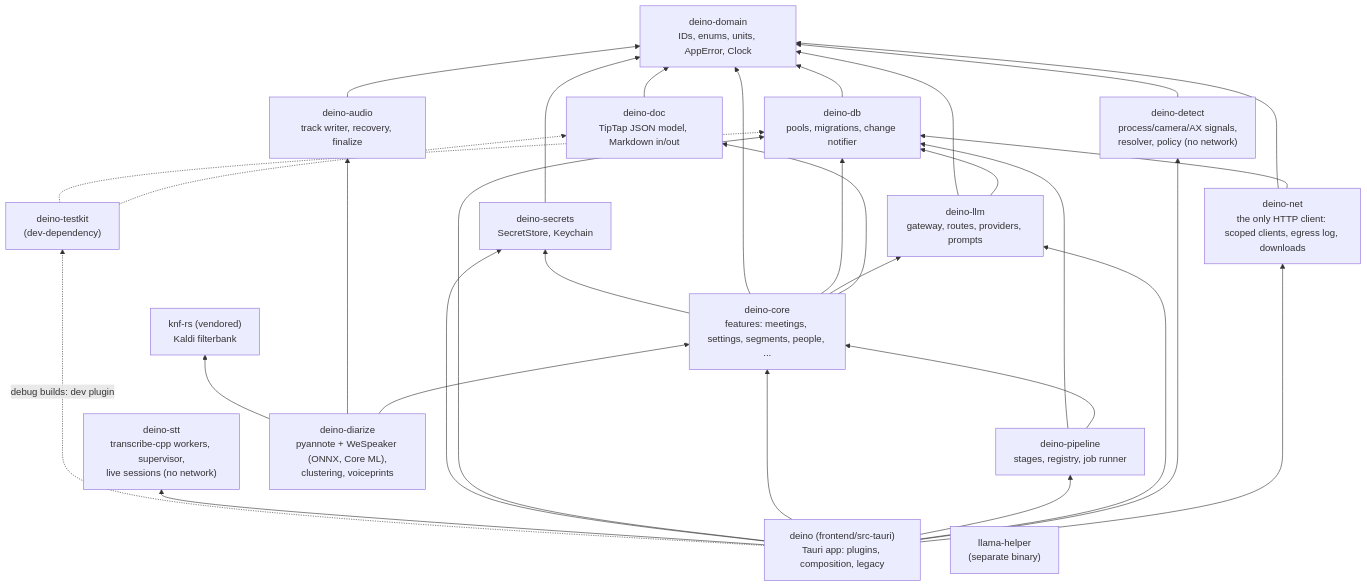
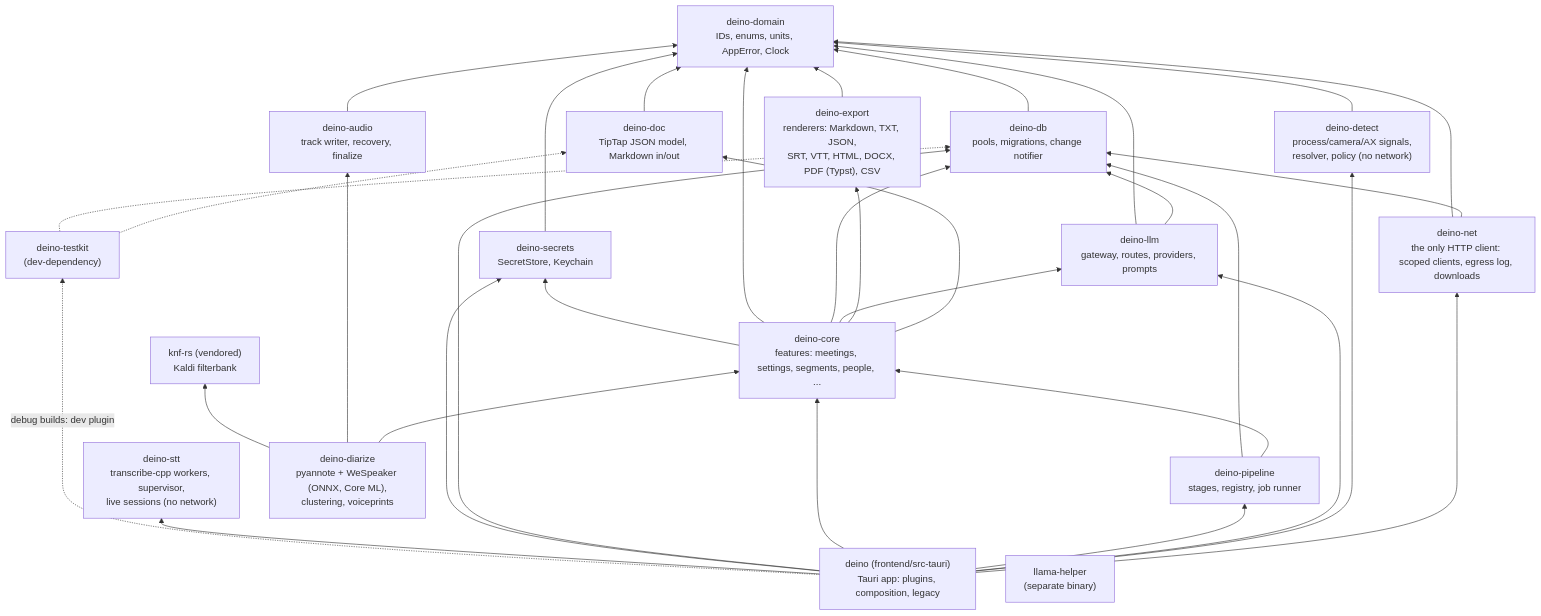
The second of 8 diagrams in docs/ARCHITECTURE.md (xenshreyas/Deino), drawn with Mermaid before and after one commit. The commit also changed other lines of this file and 14 other files, not shown here.

First line of the commit message:
docs: EXP-01/EXP-02 ADR 0025, architecture, plan progress and follow-ups, notices

````diff
--- a/docs/ARCHITECTURE.md
+++ b/docs/ARCHITECTURE.md
@@ -63,49 +64,52 @@
 ```mermaid
 flowchart BT
   domain["deino-domain<br/>IDs, enums, units, AppError, Clock"]
   db["deino-db<br/>pools, migrations, change notifier"]
   core["deino-core<br/>features: meetings, settings, segments, people, ..."]
   secrets["deino-secrets<br/>SecretStore, Keychain"]
   pipeline["deino-pipeline<br/>stages, registry, job runner"]
   testkit["deino-testkit<br/>(dev-dependency)"]
   stt["deino-stt<br/>transcribe-cpp workers, supervisor,<br/>live sessions (no network)"]
   app["deino (frontend/src-tauri)<br/>Tauri app: plugins, composition, legacy"]
   helper["llama-helper<br/>(separate binary)"]
   audio["deino-audio<br/>track writer, recovery, finalize"]
   llm["deino-llm<br/>gateway, routes, providers, prompts"]
   doc["deino-doc<br/>TipTap JSON model, Markdown in/out"]
   doc --> domain
   core --> doc
+  export["deino-export<br/>renderers: Markdown, TXT, JSON,<br/>SRT, VTT, HTML, DOCX, PDF (Typst), CSV"]
+  export --> domain
+  core --> export
   testkit -.-> doc
   net["deino-net<br/>the only HTTP client: scoped clients, egress log, downloads"]
   net --> db
   net --> domain
   app --> net
   diarize["deino-diarize<br/>pyannote + WeSpeaker (ONNX, Core ML),<br/>clustering, voiceprints"]
   detect["deino-detect<br/>process/camera/AX signals,<br/>resolver, policy (no network)"]
   detect --> domain
   app --> detect
   knf["knf-rs (vendored)<br/>Kaldi filterbank"]
   diarize --> core
   diarize --> audio
   diarize --> knf
   audio --> domain
   llm --> db
   llm --> domain
   core --> llm
   app --> llm
   db --> domain
   core --> db
   core --> domain
   core --> secrets
   secrets --> domain
   pipeline --> core
   pipeline --> db
   app --> pipeline
   app --> core
   app --> db
   app --> secrets
   app --> stt
   app -. "debug builds: dev plugin" .-> testkit
   testkit -.-> db
 ```
````
